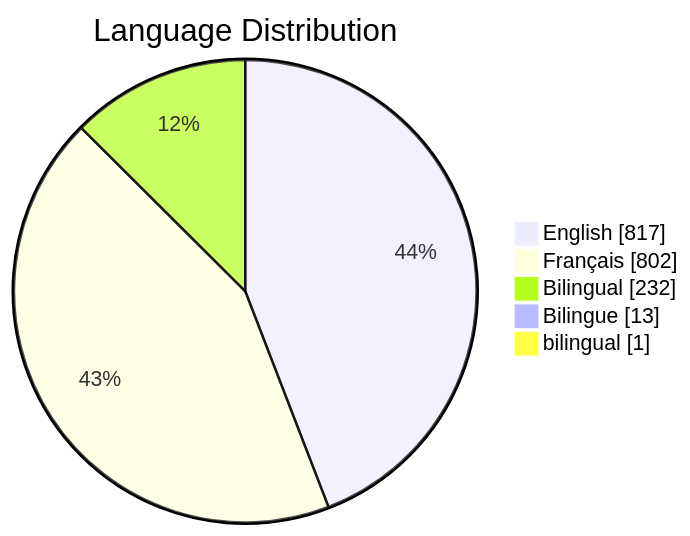
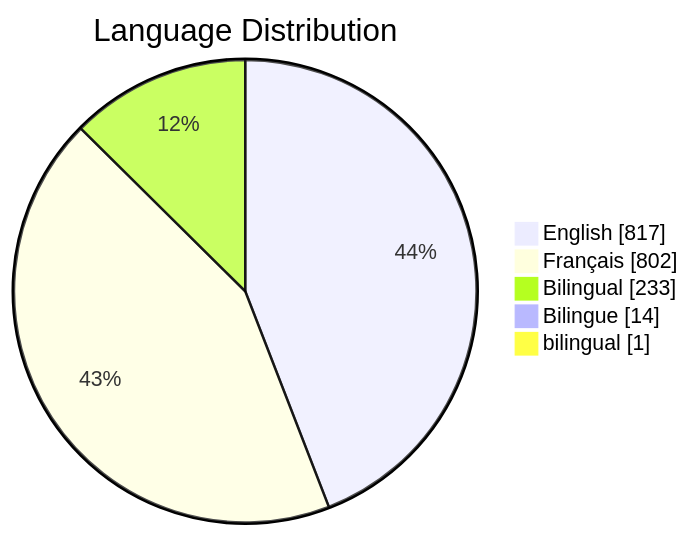
The third of 6 diagrams in README.md (PatLittle/GC-Socials), drawn with Mermaid before and after one commit. The commit also changed other lines of this file, not shown here.

Commit message:
Update README with Platform Distribution pie chart

````diff
--- a/README.md
+++ b/README.md
@@ -74,8 +74,8 @@
 ```mermaid
 pie showData title Language Distribution
     "English": 817
     "Français": 802
-    "Bilingual": 232
-    "Bilingue": 13
+    "Bilingual": 233
+    "Bilingue": 14
     "bilingual": 1
 ```
````
